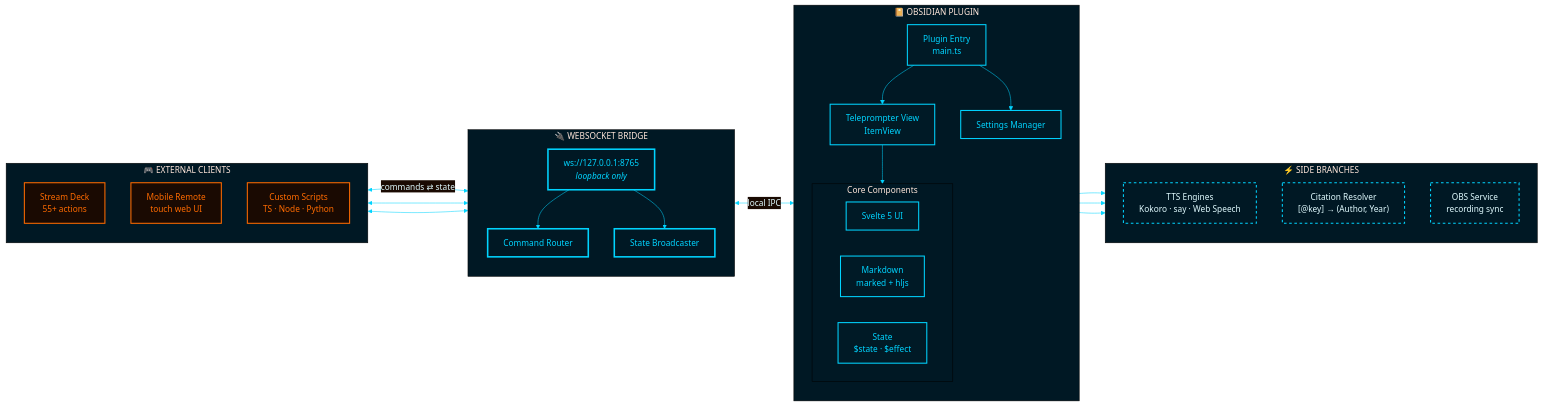
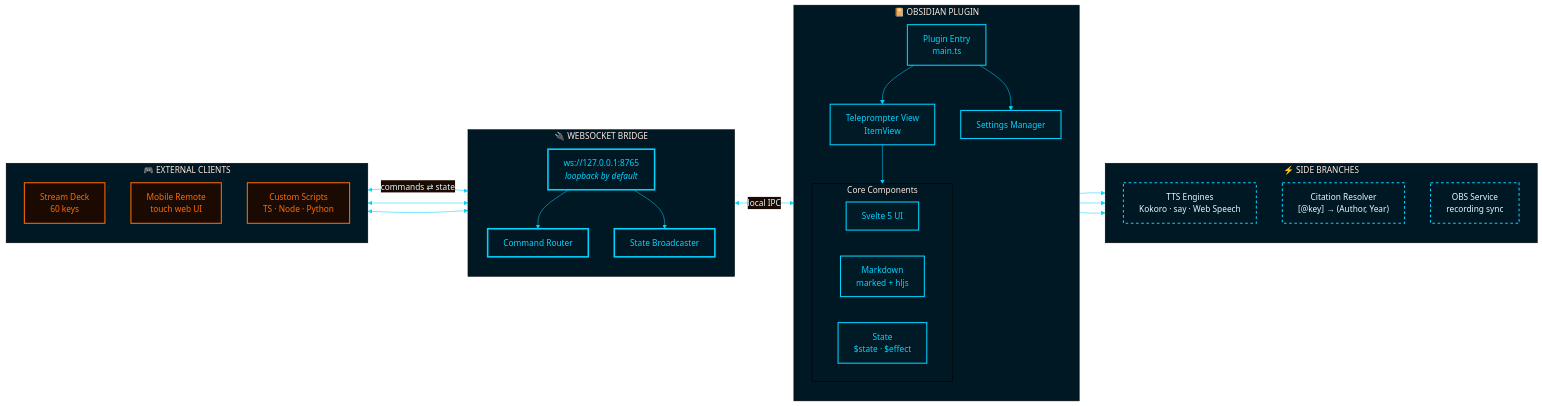
Before and after one commit to JuracyAmerico/obsidian-teleprompter-plus: the diagram in README.md, drawn with Mermaid. The commit also changed other lines of this file, not shown here.

````diff
--- a/README.md
+++ b/README.md
@@ -209,70 +236,70 @@
 ```mermaid
 %%{init: {'theme':'base', 'themeVariables': {
   'background':'#0a0a0a',
   'primaryColor':'#001a26',
   'primaryTextColor':'#e0fbff',
   'primaryBorderColor':'#00d4ff',
   'secondaryColor':'#1a0a02',
   'tertiaryColor':'#001824',
   'lineColor':'#00d4ff',
   'fontFamily':'Inter, sans-serif'
 }}}%%
 flowchart LR
     subgraph Clients["🎮 EXTERNAL CLIENTS"]
         direction TB
-        StreamDeck["Stream Deck<br/>55+ actions"]
+        StreamDeck["Stream Deck<br/>60 keys"]
         Mobile["Mobile Remote<br/>touch web UI"]
         Custom["Custom Scripts<br/>TS · Node · Python"]
     end
 
     subgraph Bridge["🔌 WEBSOCKET BRIDGE"]
         direction TB
-        WS["ws://127.0.0.1:8765<br/><i>loopback only</i>"]
+        WS["ws://127.0.0.1:8765<br/><i>loopback by default</i>"]
         Commands["Command Router"]
         Broadcast["State Broadcaster"]
         WS --> Commands
         WS --> Broadcast
     end
 
     subgraph Obsidian["📔 OBSIDIAN PLUGIN"]
         direction TB
         Plugin["Plugin Entry<br/>main.ts"]
         View["Teleprompter View<br/>ItemView"]
         Settings["Settings Manager"]
         Plugin --> View
         Plugin --> Settings
 
         subgraph Core["Core Components"]
             direction LR
             Svelte["Svelte 5 UI"]
             Markdown["Markdown<br/>marked + hljs"]
             State["State<br/>$state · $effect"]
         end
         View --> Core
     end
 
     subgraph Branches["⚡ SIDE BRANCHES"]
         direction TB
         TTS["TTS Engines<br/>Kokoro · say · Web Speech"]
         Cite["Citation Resolver<br/>[@key] → (Author, Year)"]
         OBS["OBS Service<br/>recording sync"]
     end
 
     StreamDeck <-->|"commands ⇄ state"| WS
     Mobile <--> WS
     Custom <--> WS
     Bridge <-->|"local IPC"| Plugin
     View --> TTS
     View --> Cite
     Plugin --> OBS
 
     classDef client fill:#1a0a02,stroke:#FF6B00,stroke-width:2px,color:#FF6B00
     classDef bridge fill:#001824,stroke:#00d4ff,stroke-width:3px,color:#00d4ff
     classDef obs fill:#001a26,stroke:#00d4ff,stroke-width:2px,color:#00d4ff
     classDef branch fill:#001824,stroke:#00d4ff,stroke-width:2px,stroke-dasharray: 5 5,color:#e0fbff
 
     class StreamDeck,Mobile,Custom client
     class WS,Commands,Broadcast bridge
     class Plugin,View,Settings,Svelte,Markdown,State obs
     class TTS,Cite,OBS branch
 ```
````
